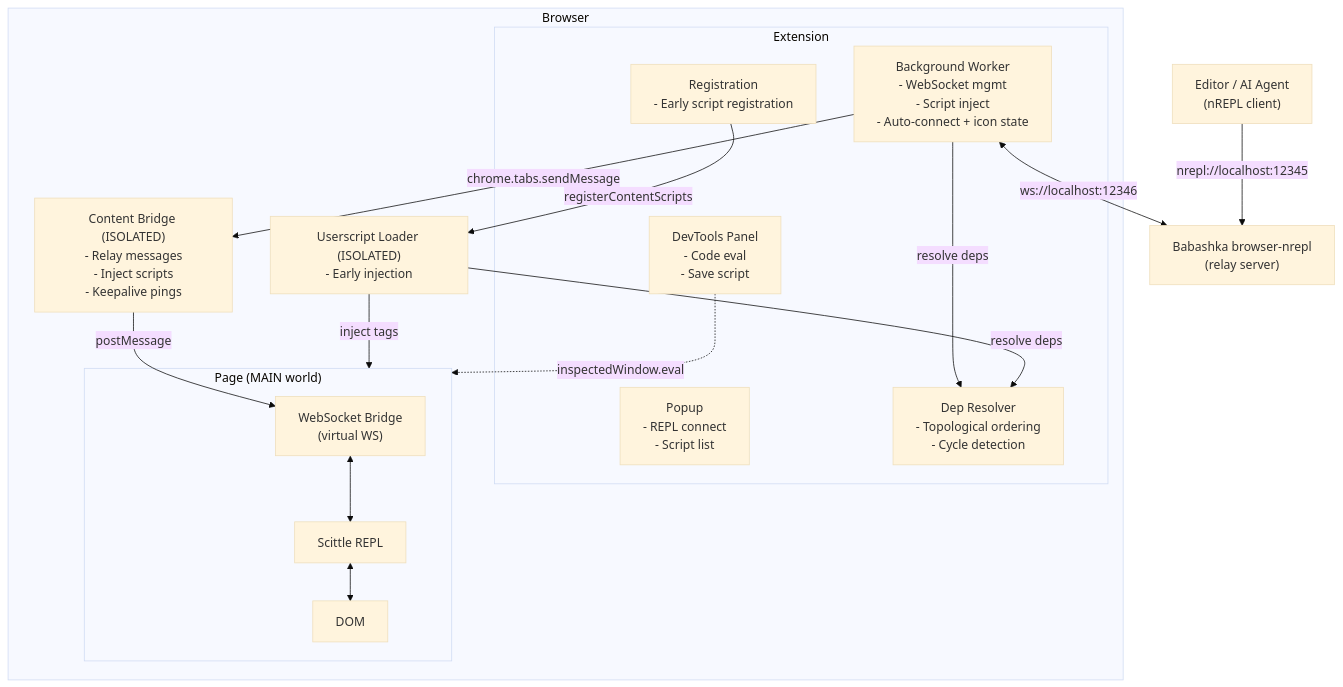
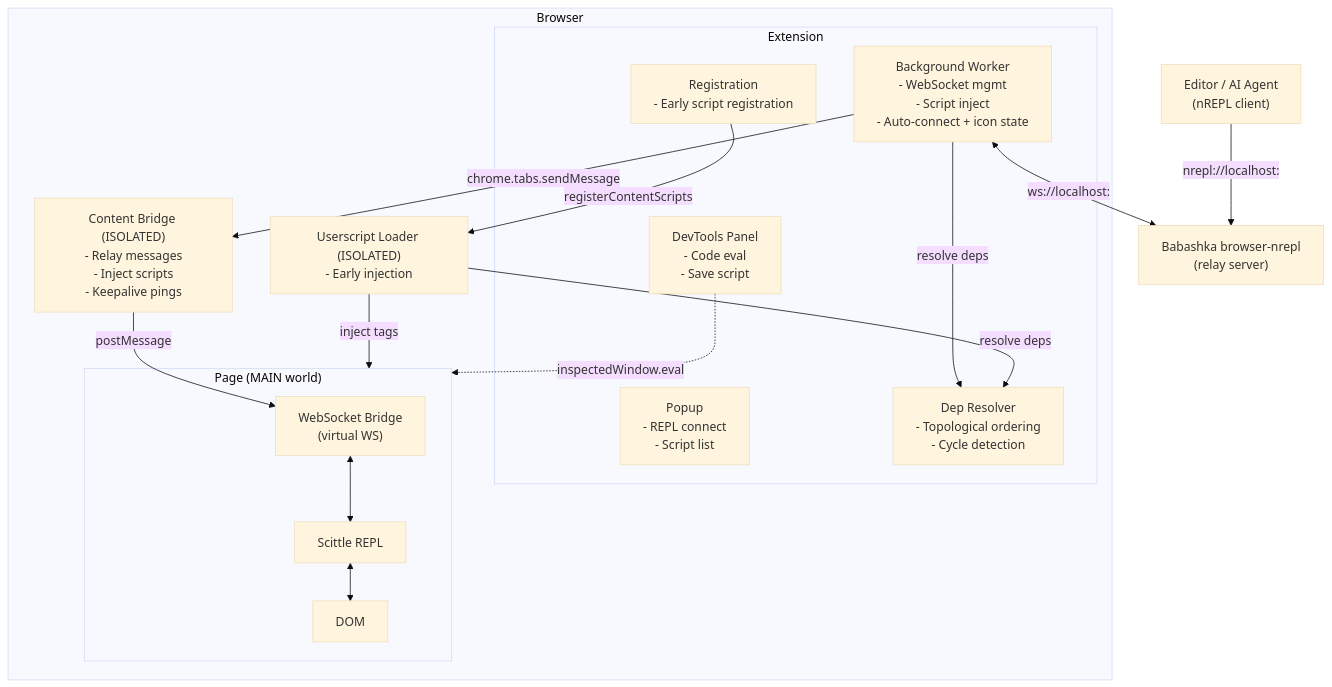
One commit to PEZ/browser-jack-in changed the diagram in dev/docs/architecture.md. Above: the diagram before and after it, drawn with Mermaid (base theme). The commit also changed other lines of this file and 6 other files, not shown here.

````diff
--- a/dev/docs/architecture.md
+++ b/dev/docs/architecture.md
@@ -27,36 +27,36 @@
 ```mermaid
 flowchart TB
     subgraph Browser
         subgraph Extension
             BG["Background Worker<br/>- WebSocket mgmt<br/>- Script inject<br/>- Auto-connect + icon state"]
             Reg["Registration<br/>- Early script registration"]
             Popup["Popup<br/>- REPL connect<br/>- Script list"]
             Panel["DevTools Panel<br/>- Code eval<br/>- Save script"]
         DepRes["Dep Resolver<br/>- Topological ordering<br/>- Cycle detection"]
         end
 
         CB["Content Bridge (ISOLATED)<br/>- Relay messages<br/>- Inject scripts<br/>- Keepalive pings"]
         Loader["Userscript Loader (ISOLATED)<br/>- Early injection"]
         BG -->|"chrome.tabs.sendMessage"| CB
         BG -->|"resolve deps"| DepRes
         Loader -->|"resolve deps"| DepRes
         Reg -->|"registerContentScripts"| Loader
         Panel -.->|"inspectedWindow.eval"| Page
 
         subgraph Page["Page (MAIN world)"]
             WSB["WebSocket Bridge<br/>(virtual WS)"]
             Scittle["Scittle REPL"]
             DOM["DOM"]
             WSB <--> Scittle <--> DOM
         end
 
         CB -->|"postMessage"| WSB
         Loader -->|"inject tags"| Page
     end
 
     Relay["Babashka browser-nrepl<br/>(relay server)"]
     Editor["Editor / AI Agent<br/>(nREPL client)"]
 
-    BG <-->|"ws://localhost:12346"| Relay
-    Editor -->|"nrepl://localhost:12345"| Relay
+    BG <-->|"ws://localhost:<configured-websocket-port>"| Relay
+    Editor -->|"nrepl://localhost:<configured-nrepl-port>"| Relay
 ```
````
